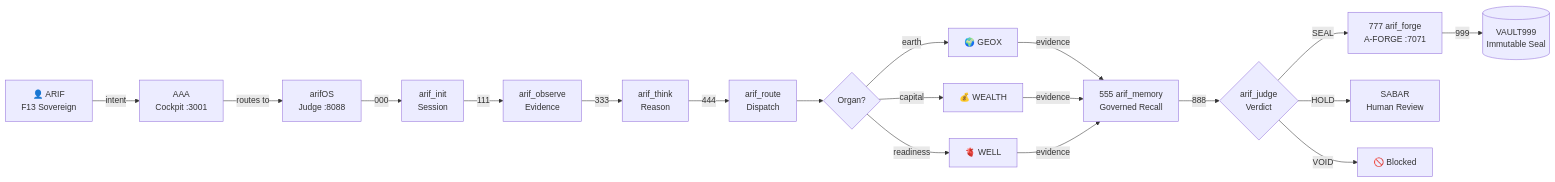
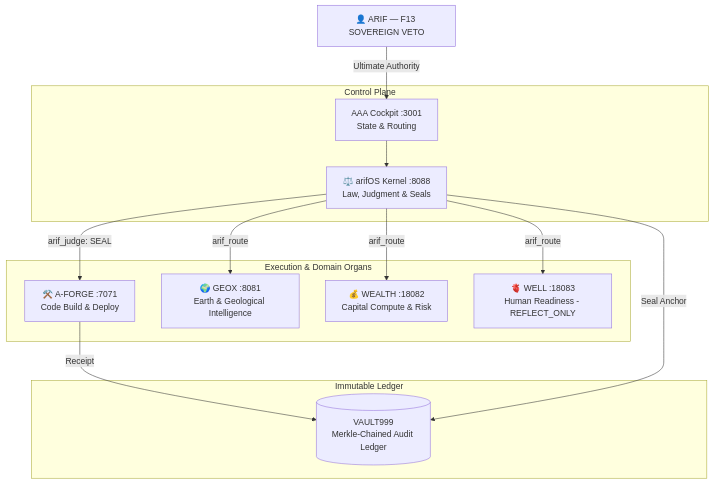
One commit to ariffazil/arifOS changed the diagram in README.md. Above: the diagram before and after it, drawn with Mermaid. The commit also changed other lines of this file, not shown here.

Commit message:
docs: elevate arifOS README to AGI substrate and MCP-native governance kernel specification

````diff
--- a/README.md
+++ b/README.md
@@ -88,19 +114,28 @@
 ```mermaid
-graph LR
-    A[👤 ARIF<br/>F13 Sovereign] -->|intent| B[AAA<br/>Cockpit :3001]
-    B -->|routes to| C[arifOS<br/>Judge :8088]
-    C -->|000| D[arif_init<br/>Session]
-    D -->|111| E[arif_observe<br/>Evidence]
-    E -->|333| F[arif_think<br/>Reason]
-    F -->|444| G[arif_route<br/>Dispatch]
-    G --> H{Organ?}
-    H -->|earth| I[🌍 GEOX]
-    H -->|capital| J[💰 WEALTH]
-    H -->|readiness| K[🫀 WELL]
-    I & J & K -->|evidence| L[555 arif_memory<br/>Governed Recall]
-    L -->|888| M{arif_judge<br/>Verdict}
-    M -->|SEAL| N[777 arif_forge<br/>A-FORGE :7071]
-    M -->|HOLD| O[SABAR<br/>Human Review]
-    M -->|VOID| P[🚫 Blocked]
-    N -->|999| Q[(VAULT999<br/>Immutable Seal)]
+graph TD
+    Sovereign[👤 ARIF — F13 SOVEREIGN VETO] -->|Ultimate Authority| Cockpit
+
+    subgraph Control Plane
+        Cockpit[AAA Cockpit :3001<br/>State & Routing]
+        Kernel[⚖️ arifOS Kernel :8088<br/>Law, Judgment & Seals]
+    end
+
+    subgraph Execution & Domain Organs
+        AFORGE[⚒️ A-FORGE :7071<br/>Code Build & Deploy]
+        GEOX[🌍 GEOX :8081<br/>Earth & Geological Intelligence]
+        WEALTH[💰 WEALTH :18082<br/>Capital Compute & Risk]
+        WELL[🫀 WELL :18083<br/>Human Readiness - REFLECT_ONLY]
+    end
+
+    subgraph Immutable Ledger
+        VAULT[(VAULT999<br/>Merkle-Chained Audit Ledger)]
+    end
+
+    Cockpit --> Kernel
+    Kernel -->|arif_judge: SEAL| AFORGE
+    Kernel -->|arif_route| GEOX
+    Kernel -->|arif_route| WEALTH
+    Kernel -->|arif_route| WELL
+    AFORGE -->|Receipt| VAULT
+    Kernel -->|Seal Anchor| VAULT
 ```
````
